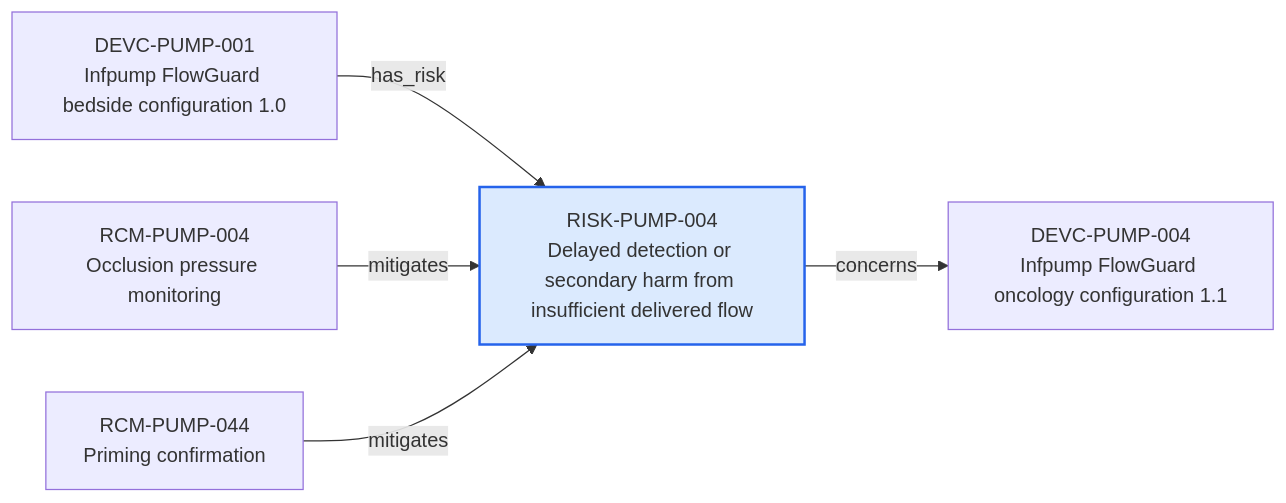
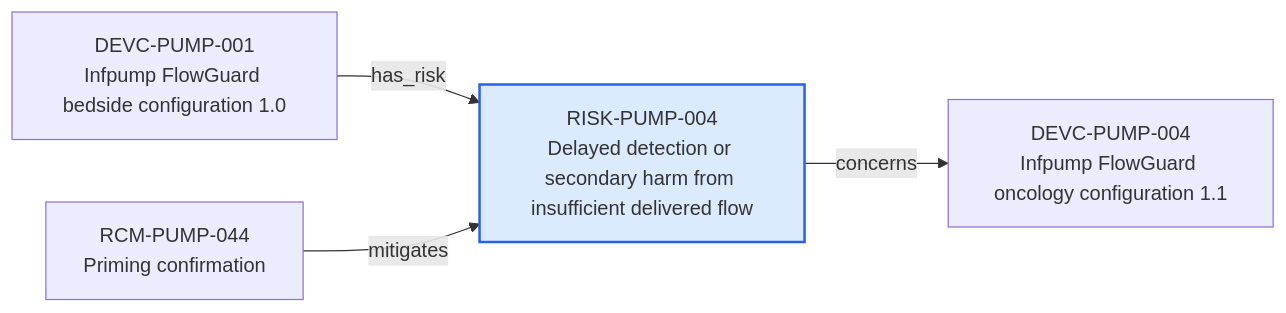
The diagram in content/06-Infpump FlowGuard ontology notes/risk/RISK-PUMP-004-delayed-detection-or-secondary-harm-from-insufficient-delivered-flow.md (mvattulainen/mdrontology), drawn with Mermaid before and after one commit. The commit also changed other lines of this file and 321 other files, not shown here.

Commit message:
Implement Mermaid ontology audit findings

````diff
--- a/content/06-Infpump FlowGuard ontology notes/risk/RISK-PUMP-004-delayed-detection-or-secondary-harm-from-insufficient-delivered-flow.md
+++ b/content/06-Infpump FlowGuard ontology notes/risk/RISK-PUMP-004-delayed-detection-or-secondary-harm-from-insufficient-delivered-flow.md
@@ -75,14 +75,12 @@
 ```mermaid
 flowchart LR
   CURRENT["RISK-PUMP-004<br/>Delayed detection or secondary harm from insufficient delivered flow"]
   PREV0["DEVC-PUMP-001<br/>Infpump FlowGuard bedside configuration 1.0"]
   PREV0 -->|"has_risk"| CURRENT
-  PREV1["RCM-PUMP-004<br/>Occlusion pressure monitoring"]
+  PREV1["RCM-PUMP-044<br/>Priming confirmation"]
   PREV1 -->|"mitigates"| CURRENT
-  PREV2["RCM-PUMP-044<br/>Priming confirmation"]
-  PREV2 -->|"mitigates"| CURRENT
   NEXT0["DEVC-PUMP-004<br/>Infpump FlowGuard oncology configuration 1.1"]
   CURRENT -->|"concerns"| NEXT0
   classDef current fill:#dbeafe,stroke:#2563eb,stroke-width:2px
   class CURRENT current
 ```
````
